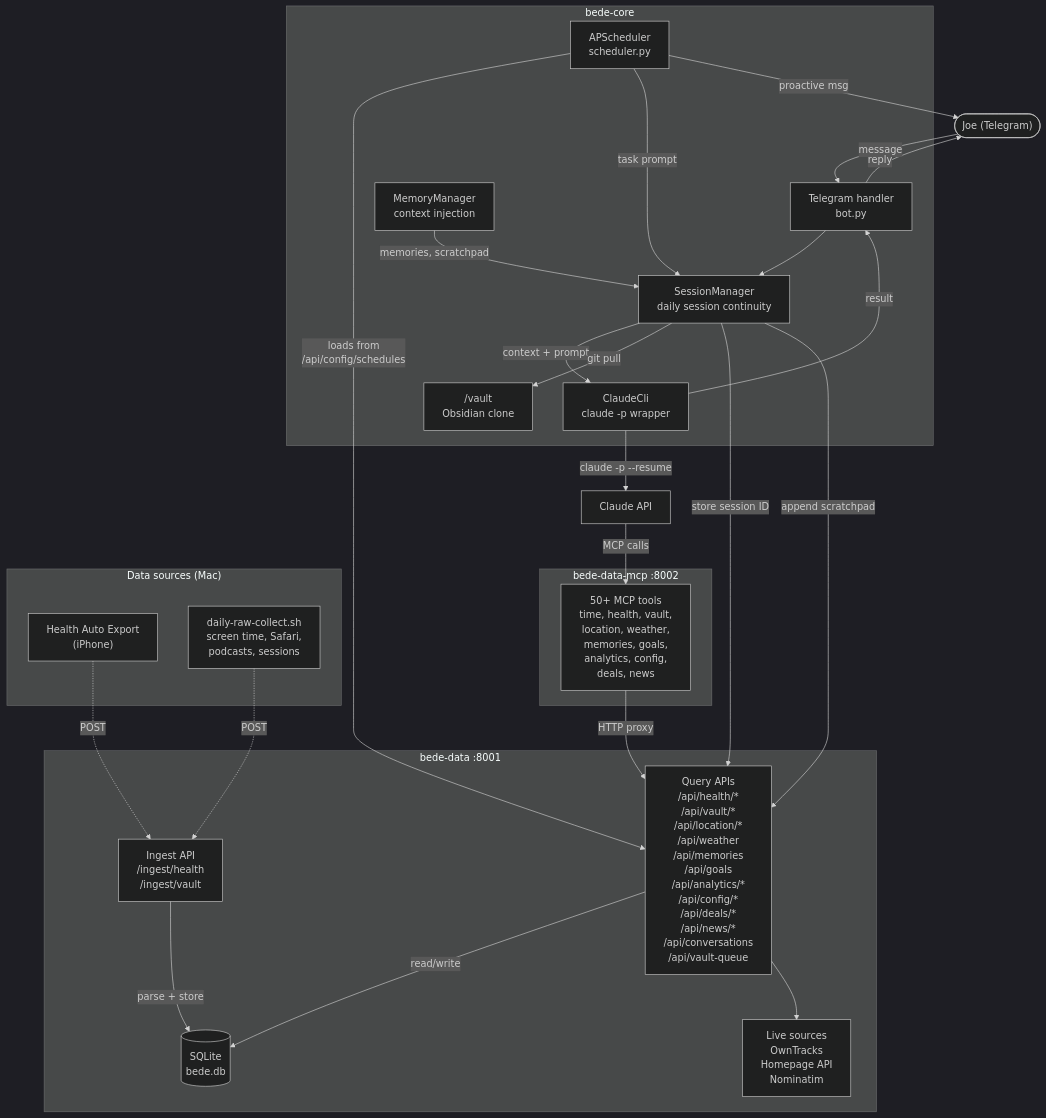
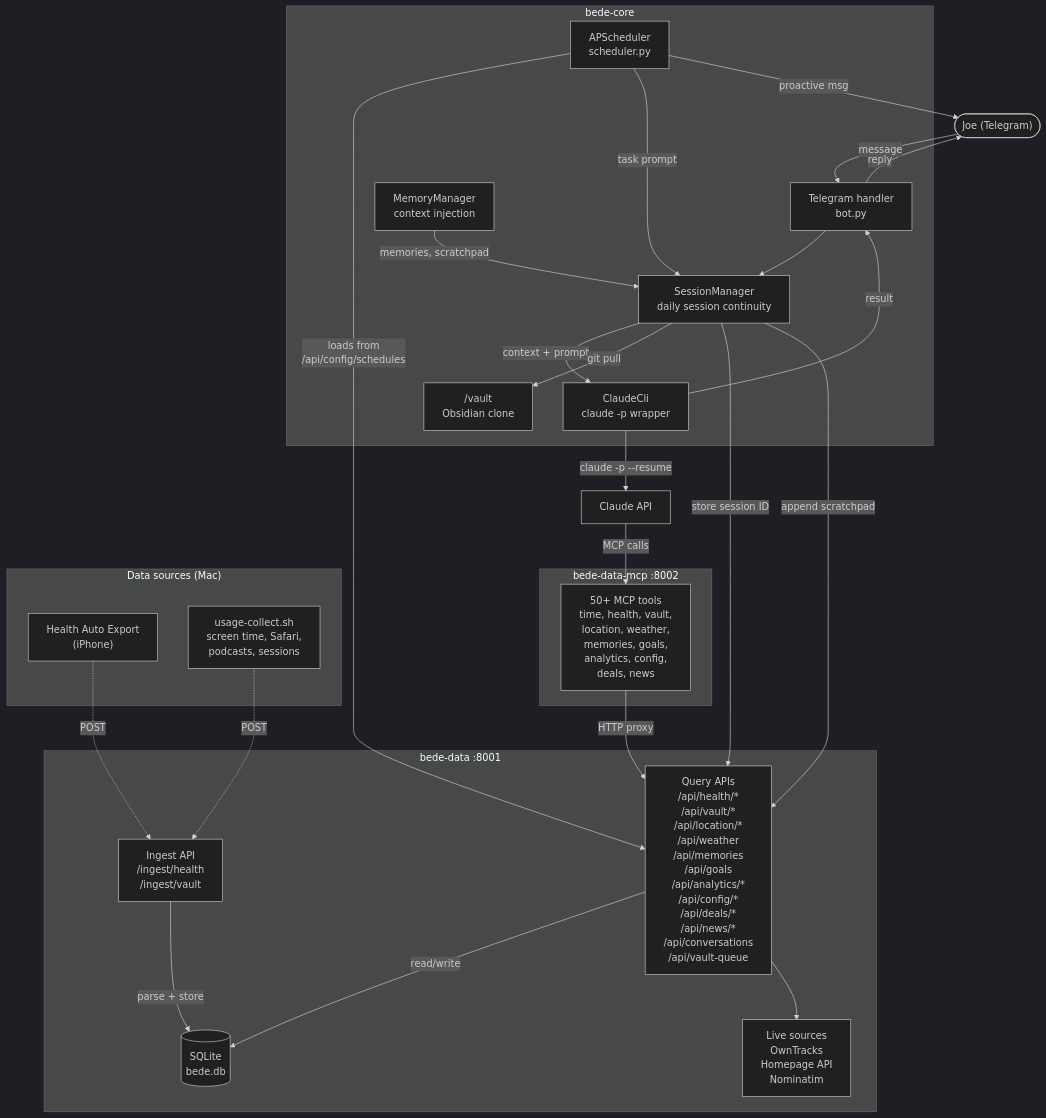
The second of 3 diagrams in ARCHITECTURE.md (josephradford/bede), drawn with Mermaid (dark theme) before and after one commit. The commit also changed other lines of this file and 1 other file, not shown here.

Commit message:
docs: rename daily-raw-collect references to usage-collect

```diff
--- a/ARCHITECTURE.md
+++ b/ARCHITECTURE.md
@@ -158,7 +158,7 @@
     subgraph mac["Data sources (Mac)"]
         hae["Health Auto Export
         (iPhone)"]
-        daily["daily-raw-collect.sh
+        daily["usage-collect.sh
         screen time, Safari,
         podcasts, sessions"]
     end
```
